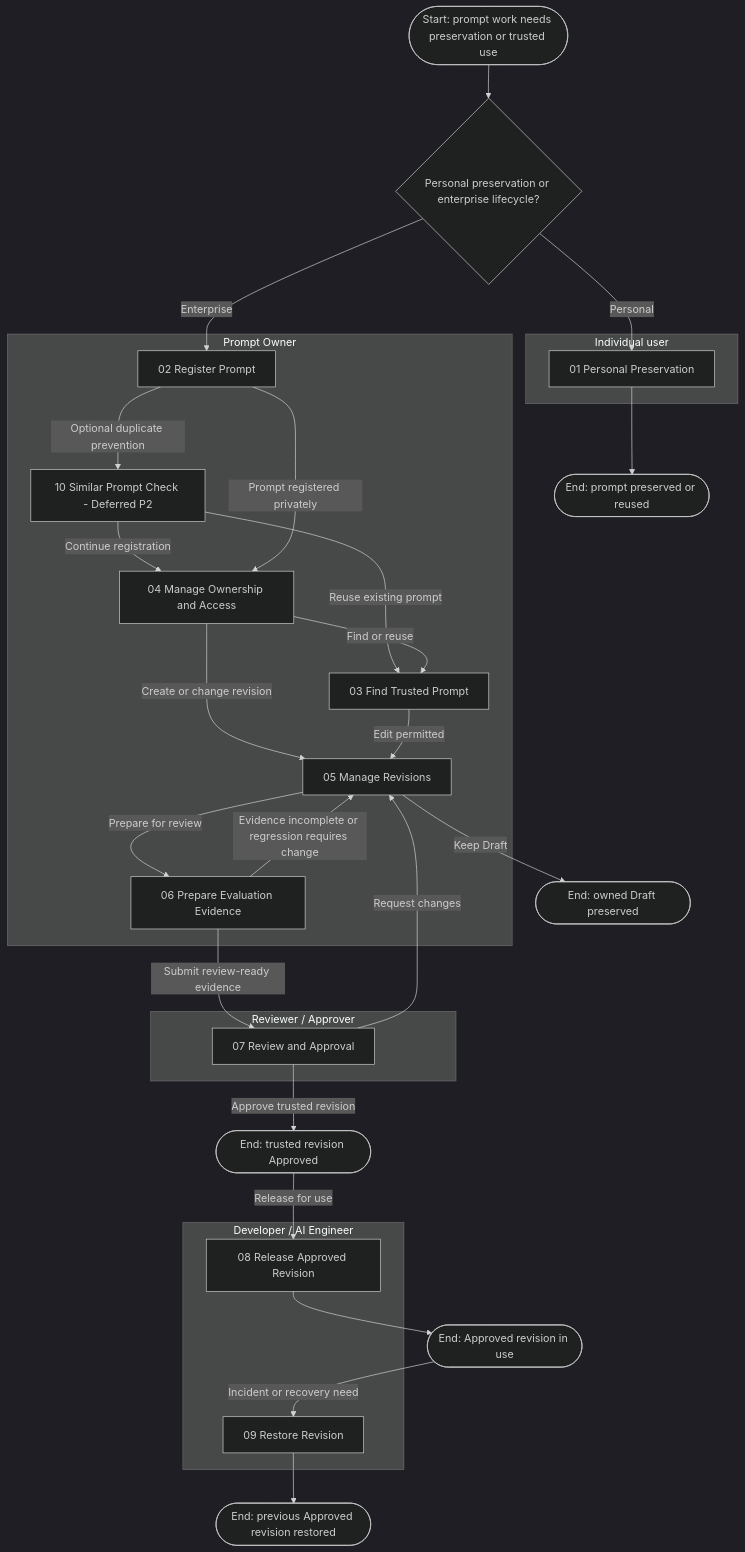
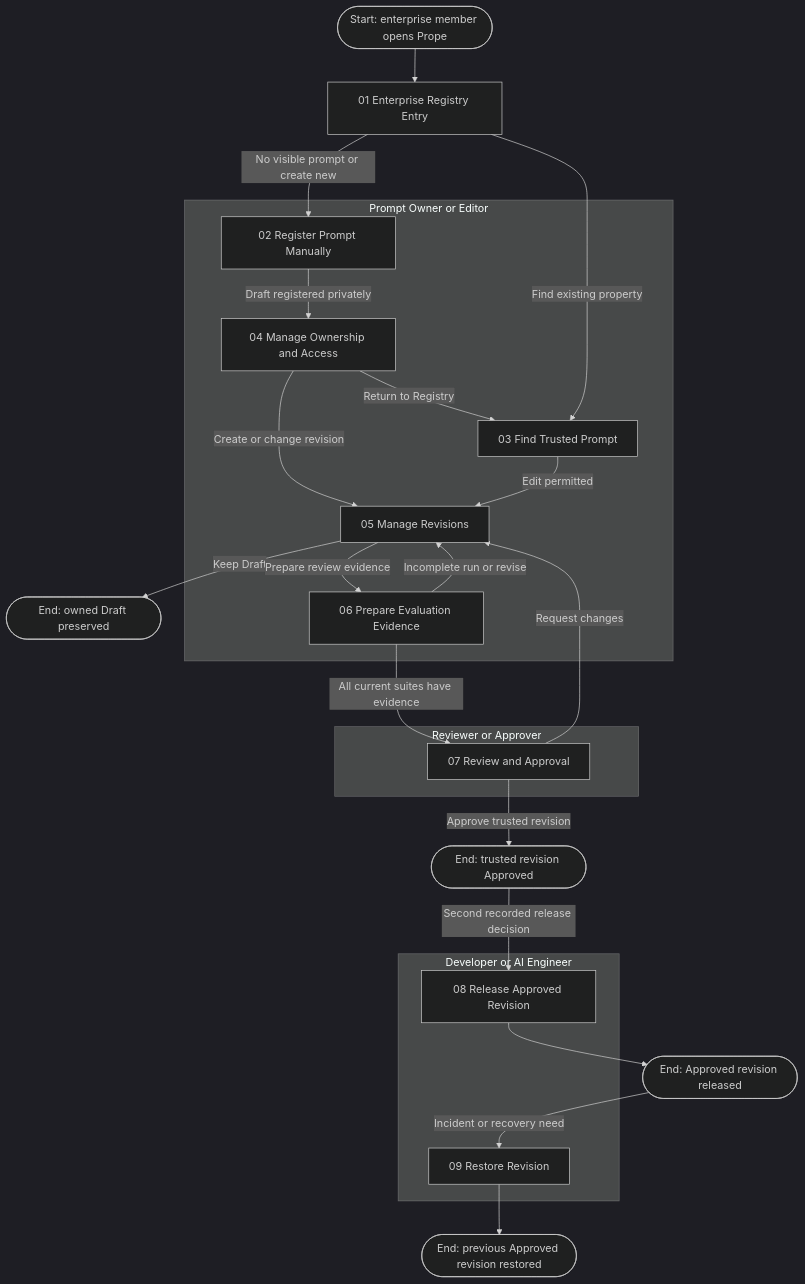
Before and after one commit to ngohuunghia-123/Prope_Prompt_Versioning: the diagram in docs/user-flows/overview.mmd, drawn with Mermaid (dark theme). The commit also changed other lines of this file and 9 other files, not shown here.

```diff
--- a/docs/user-flows/overview.mmd
+++ b/docs/user-flows/overview.mmd
@@ -1,57 +1,48 @@
 flowchart TD
-    %% High-level Prope journey map. Detailed states live in numbered Mermaid files.
-    %% Authentication and administration are omitted because the source documents do not define those journeys.
+    %% Enterprise-only MVP journey. Detailed states live in numbered Mermaid files.
+    %% Individual mode and similar-prompt checking are explicitly deferred.
 
-    start([Start: prompt work needs preservation or trusted use])
-    mode{Personal preservation or enterprise lifecycle?}
+    start([Start: enterprise member opens Prope])
+    entry[01 Enterprise Registry Entry]
 
-    subgraph Personal[Individual user]
-        personal[01 Personal Preservation]
-    end
-
-    subgraph Owner[Prompt Owner]
-        register[02 Register Prompt]
-        similar[10 Similar Prompt Check - Deferred P2]
+    subgraph Owner[Prompt Owner or Editor]
+        register[02 Register Prompt Manually]
         find[03 Find Trusted Prompt]
         access[04 Manage Ownership and Access]
         revisions[05 Manage Revisions]
         evaluation[06 Prepare Evaluation Evidence]
     end
 
-    subgraph HITL[Reviewer / Approver]
+    subgraph HITL[Reviewer or Approver]
         review[07 Review and Approval]
     end
 
-    subgraph Developer[Developer / AI Engineer]
+    subgraph Developer[Developer or AI Engineer]
         release[08 Release Approved Revision]
         restore[09 Restore Revision]
     end
 
-    preserved([End: prompt preserved or reused])
     draft([End: owned Draft preserved])
     trusted([End: trusted revision Approved])
-    in_use([End: Approved revision in use])
+    in_use([End: Approved revision released])
     recovered([End: previous Approved revision restored])
 
-    start --> mode
-    mode -->|Personal| personal
-    personal --> preserved
-
-    mode -->|Enterprise| register
-    register -->|Optional duplicate prevention| similar
-    similar -->|Continue registration| access
-    similar -->|Reuse existing prompt| find
-    register -->|Prompt registered privately| access
-    access -->|Find or reuse| find
+    start --> entry
+    entry -->|No visible prompt or create new| register
+    entry -->|Find existing property| find
+    register -->|Draft registered privately| access
     access -->|Create or change revision| revisions
+    access -->|Return to Registry| find
     find -->|Edit permitted| revisions
     revisions -->|Keep Draft| draft
-    revisions -->|Prepare for review| evaluation
-    evaluation -->|Evidence incomplete or regression requires change| revisions
-    evaluation -->|Submit review-ready evidence| review
+    revisions -->|Prepare review evidence| evaluation
+    evaluation -->|Incomplete run or revise| revisions
+    evaluation -->|All current suites have evidence| review
     review -->|Request changes| revisions
     review -->|Approve trusted revision| trusted
-    trusted -->|Release for use| release
+    trusted -->|Second recorded release decision| release
     release --> in_use
     in_use -->|Incident or recovery need| restore
     restore --> recovered
+
+    %% Flow 10 Similar Prompt Check is out of scope for the MVP.
```
